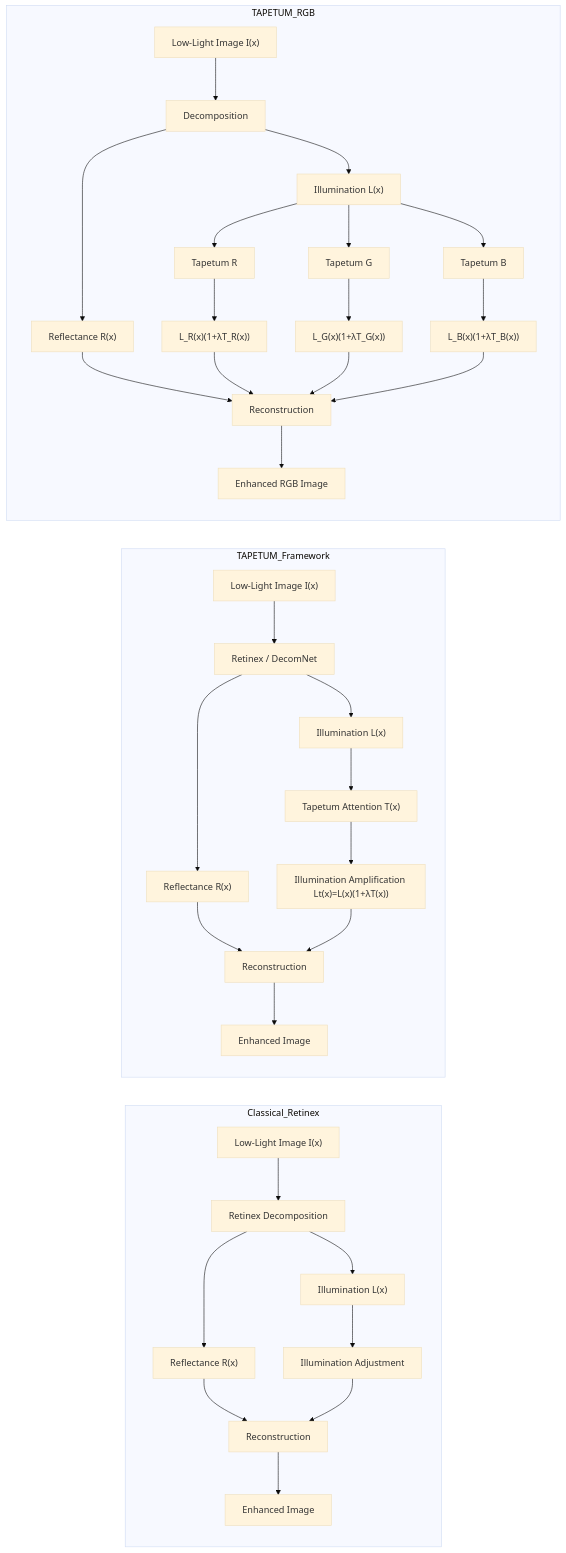
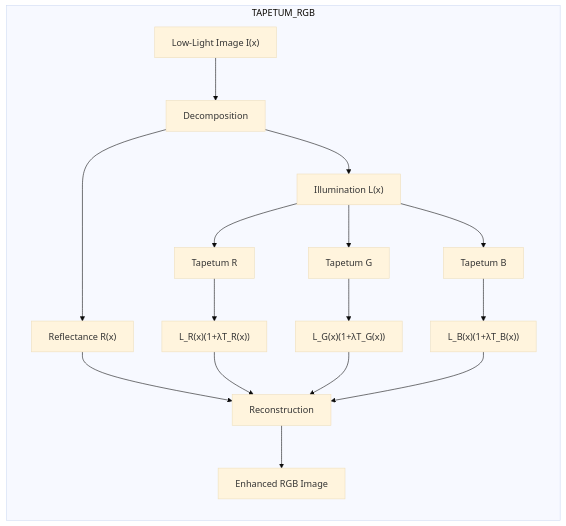
One commit to muratdelen/TAPETUM changed the fourth of 20 diagrams in README.md. Above: the diagram before and after it, drawn with Mermaid (base theme).

````diff
--- a/README.md
+++ b/README.md
@@ -109,59 +151,28 @@
 ```mermaid
 flowchart LR
 
-subgraph Classical_Retinex
-A["Low-Light Image I(x)"]
-
-A --> B["Retinex Decomposition"]
-B --> C["Reflectance R(x)"]
-B --> D["Illumination L(x)"]
-
-D --> E["Illumination Adjustment"]
-
-C --> F["Reconstruction"]
-E --> F
-
-F --> G["Enhanced Image"]
-end
-
-subgraph TAPETUM_Framework
-H["Low-Light Image I(x)"]
-
-H --> I["Retinex / DecomNet"]
-I --> J["Reflectance R(x)"]
-I --> K["Illumination L(x)"]
-
-K --> L["Tapetum Attention T(x)"]
-
-L --> M["Illumination Amplification Lt(x)=L(x)(1+λT(x))"]
-
-J --> N["Reconstruction"]
-M --> N
-
-N --> O["Enhanced Image"]
-end
 
 subgraph TAPETUM_RGB
 P["Low-Light Image I(x)"]
 
 P --> Q["Decomposition"]
 
 Q --> R["Reflectance R(x)"]
 Q --> S["Illumination L(x)"]
 
 S --> TR["Tapetum R"]
 S --> TG["Tapetum G"]
 S --> TB["Tapetum B"]
 
 TR --> LR["L_R(x)(1+λT_R(x))"]
 TG --> LG["L_G(x)(1+λT_G(x))"]
 TB --> LB["L_B(x)(1+λT_B(x))"]
 
 R --> U["Reconstruction"]
 LR --> U
 LG --> U
 LB --> U
 
 U --> V["Enhanced RGB Image"]
 end
 ```
````
